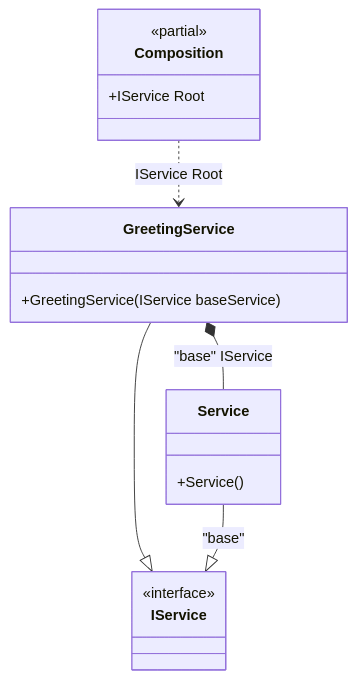
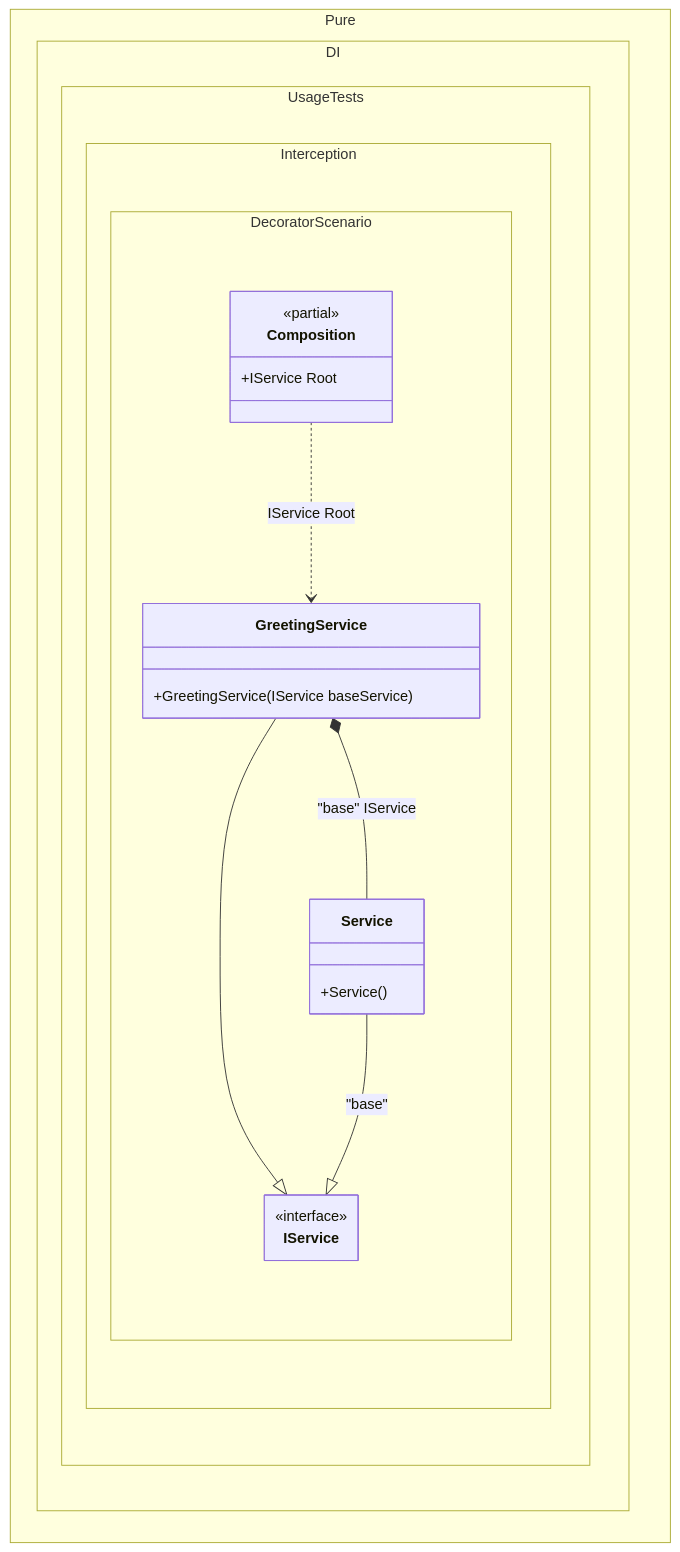
The diagram in readme/decorator.md (DevTeam/Pure.DI), drawn with Mermaid before and after one commit. The commit also changed 103 other files, not shown here.

Commit message:
Improved class diagrams

````diff
--- a/readme/decorator.md
+++ b/readme/decorator.md
@@ -69,20 +69,27 @@
 ```mermaid
+---
+ config:
+  class:
+   hideEmptyMembersBox: true
+---
 classDiagram
-	class Composition {
+	GreetingService --|> IService
+	Service --|> IService : "base" 
+	Composition ..> GreetingService : IService Root
+	GreetingService *--  Service : "base"  IService
+	namespace Pure.DI.UsageTests.Interception.DecoratorScenario {
+		class Composition {
 		<<partial>>
 		+IService Root
+		}
+		class GreetingService {
+			+GreetingService(IService baseService)
+		}
+		class IService {
+			<<interface>>
+		}
+		class Service {
+			+Service()
+		}
 	}
-	GreetingService --|> IService
-	class GreetingService {
-		+GreetingService(IService baseService)
-	}
-	Service --|> IService : "base" 
-	class Service {
-		+Service()
-	}
-	class IService {
-		<<interface>>
-	}
-	Composition ..> GreetingService : IService Root
-	GreetingService *--  Service : "base"  IService
 ```
````
